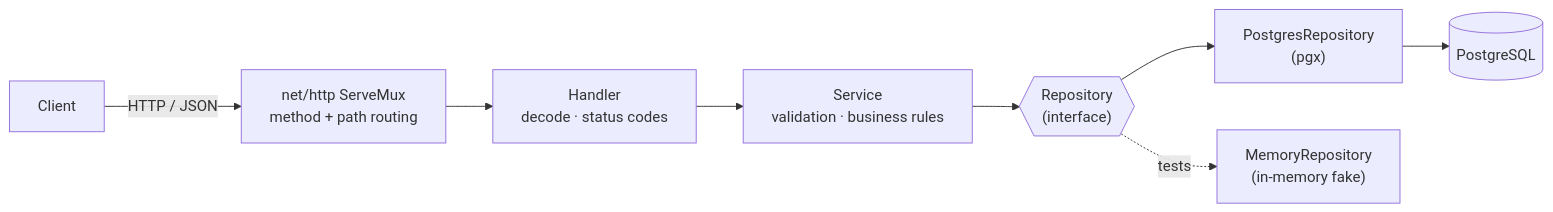
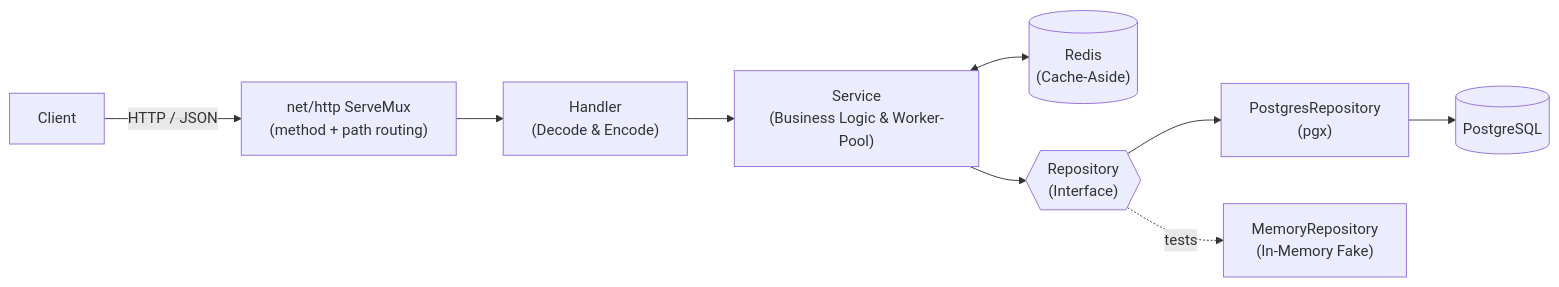
Before and after one commit to davidalexander24/go-listings-api: the diagram in README.md, drawn with Mermaid. The commit also changed other lines of this file, not shown here.

Commit message:
docs: overhaul README to highlight architecture and features

````diff
--- a/README.md
+++ b/README.md
@@ -19,10 +29,11 @@
 ```mermaid
 flowchart LR
-    Client -->|HTTP / JSON| Mux["net/http ServeMux<br/>method + path routing"]
-    Mux --> Handler["Handler<br/>decode · status codes"]
-    Handler --> Service["Service<br/>validation · business rules"]
-    Service --> Repo{{"Repository<br/>(interface)"}}
+    Client -->|HTTP / JSON| Mux["net/http ServeMux<br/>(method + path routing)"]
+    Mux --> Handler["Handler<br/>(Decode & Encode)"]
+    Handler --> Service["Service<br/>(Business Logic & Worker-Pool)"]
+    Service <--> Redis[("Redis<br/>(Cache-Aside)")]
+    Service --> Repo{{"Repository<br/>(Interface)"}}
     Repo --> PG["PostgresRepository<br/>(pgx)"]
-    Repo -. tests .-> Mem["MemoryRepository<br/>(in-memory fake)"]
+    Repo -. tests .-> Mem["MemoryRepository<br/>(In-Memory Fake)"]
     PG --> DB[("PostgreSQL")]
 ```
````
